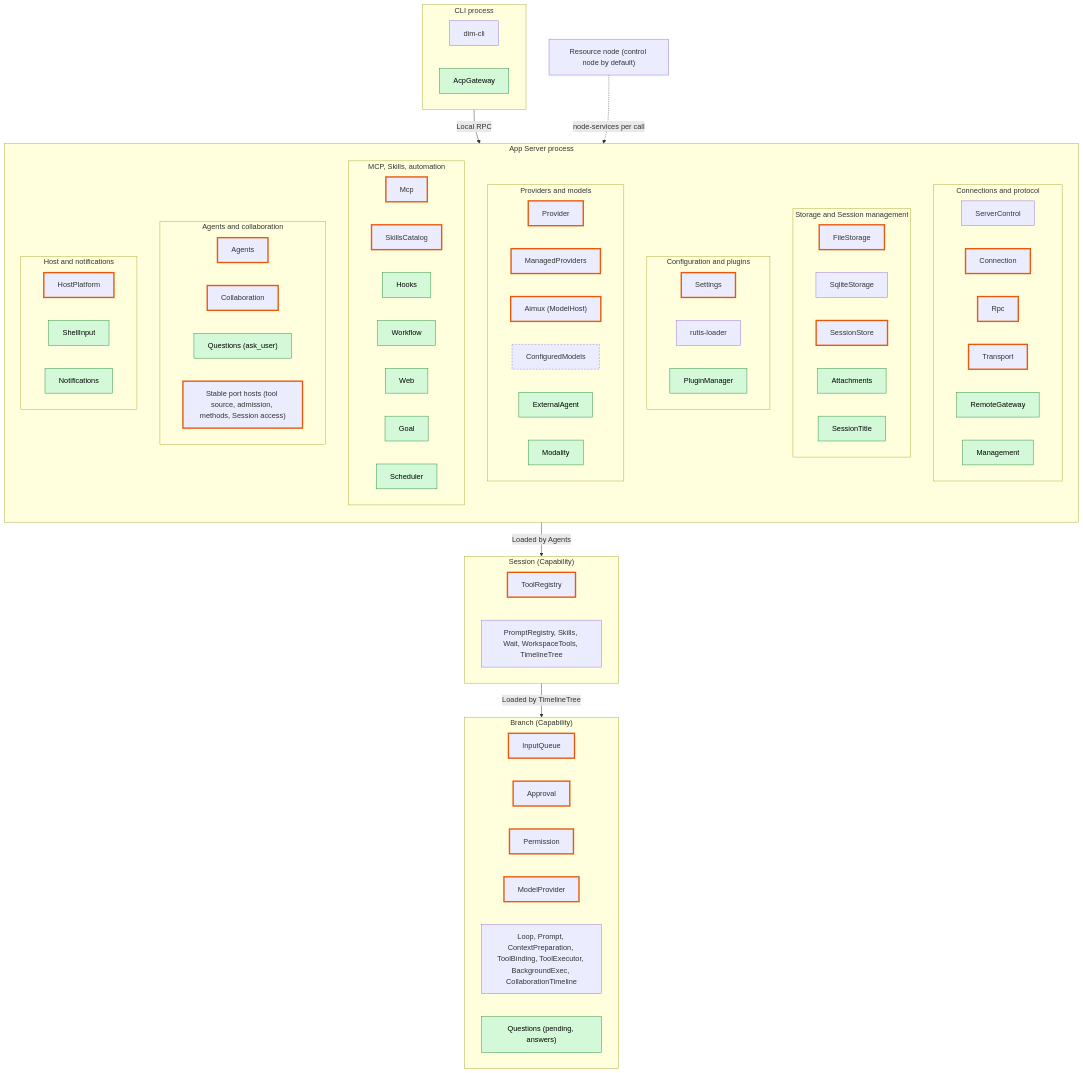
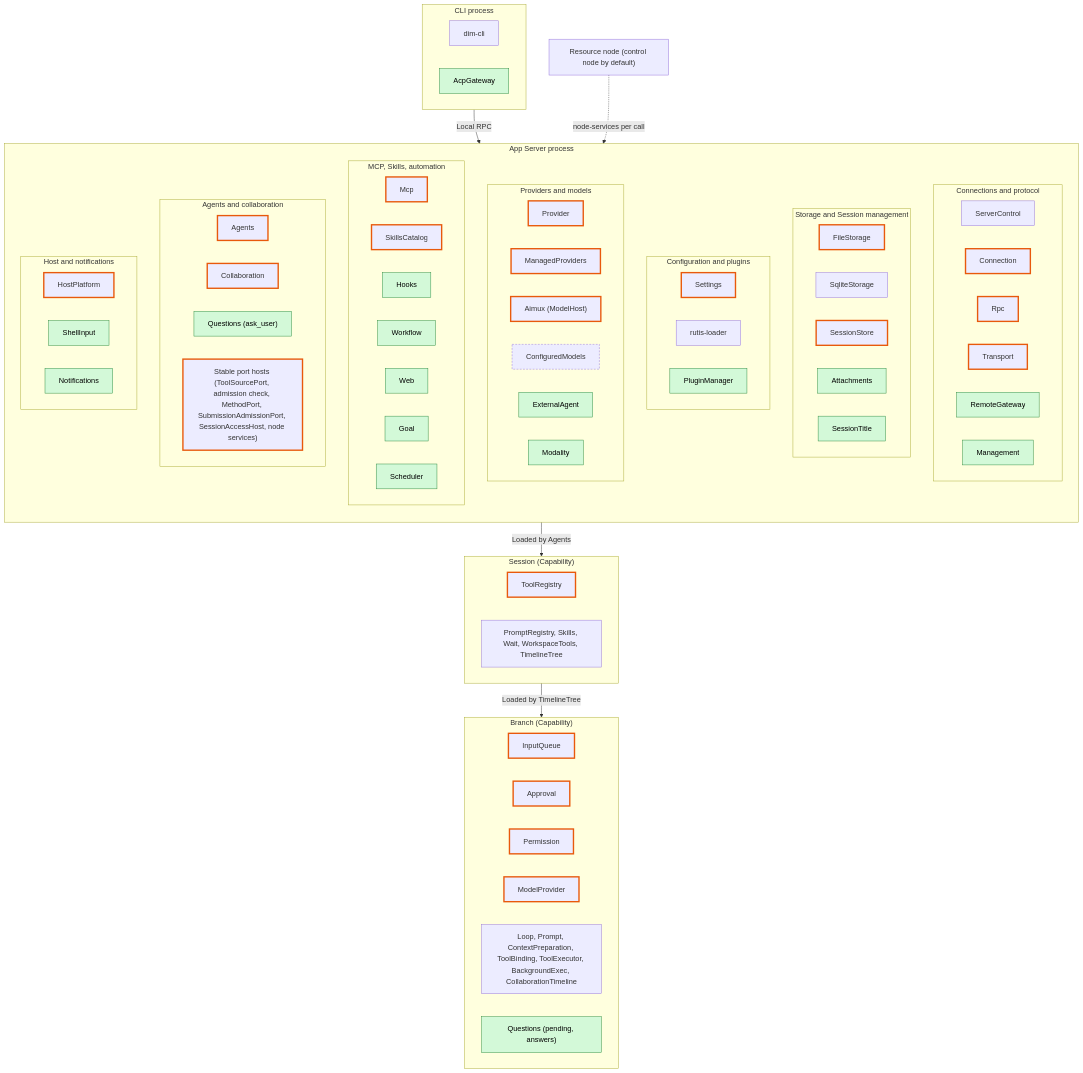
One commit to CoutinhoTTS/dim-agent changed the eighth of 9 diagrams in docs/design/overview.md. Above: the diagram before and after it, drawn with Mermaid. The commit also changed other lines of this file and 12 other files, not shown here.

````diff
--- a/docs/design/overview.md
+++ b/docs/design/overview.md
@@ -671,79 +671,79 @@
 ```mermaid
 flowchart TB
   classDef new fill:#d3f9d8,stroke:#2b8a3e,color:#000
   classDef changed stroke:#e8590c,stroke-width:3px
   classDef optional stroke-dasharray:4 3
 
   subgraph CLIP["CLI process"]
     cli["dim-cli"]
     acp["AcpGateway"]:::new
   end
   subgraph PROC["App Server process"]
     direction TB
     subgraph PC["Connections and protocol"]
       ServerControl["ServerControl"]
       Connection["Connection"]:::changed
       Rpc["Rpc"]:::changed
       Transport["Transport"]:::changed
       RemoteGateway["RemoteGateway"]:::new
       Management["Management"]:::new
     end
     subgraph PS["Storage and Session management"]
       FileStorage["FileStorage"]:::changed
       SqliteStorage["SqliteStorage"]
       SessionStore["SessionStore"]:::changed
       Attachments["Attachments"]:::new
       SessionTitle["SessionTitle"]:::new
     end
     subgraph PCFG["Configuration and plugins"]
       Settings["Settings"]:::changed
       Loader["rutis-loader"]
       PluginManager["PluginManager"]:::new
     end
     subgraph PM["Providers and models"]
       Provider["Provider"]:::changed
       ManagedProviders["ManagedProviders"]:::changed
       Aimux["Aimux (ModelHost)"]:::changed
       ConfiguredModels["ConfiguredModels"]:::optional
       ExternalAgent["ExternalAgent"]:::new
       Modality["Modality"]:::new
     end
     subgraph PE["MCP, Skills, automation"]
       Mcp["Mcp"]:::changed
       SkillsCatalog["SkillsCatalog"]:::changed
       HooksP["Hooks"]:::new
       WorkflowP["Workflow"]:::new
       WebP["Web"]:::new
       GoalP["Goal"]:::new
       SchedulerP["Scheduler"]:::new
     end
     subgraph PA["Agents and collaboration"]
       Agents["Agents"]:::changed
       Collaboration["Collaboration"]:::changed
       QuestionsP["Questions (ask_user)"]:::new
-      Ports["Stable port hosts (tool source, admission, methods, Session access)"]:::changed
+      Ports["Stable port hosts (ToolSourcePort, admission check, MethodPort, SubmissionAdmissionPort, SessionAccessHost, node services)"]:::changed
     end
     subgraph PH["Host and notifications"]
       HostPlatform["HostPlatform"]:::changed
       ShellInput["ShellInput"]:::new
       NotificationsP["Notifications"]:::new
     end
   end
   subgraph SES["Session (Capability)"]
     ToolRegistry["ToolRegistry"]:::changed
     OtherS["PromptRegistry, Skills, Wait, WorkspaceTools, TimelineTree"]
   end
   subgraph BR["Branch (Capability)"]
     InputQueue["InputQueue"]:::changed
     Approval["Approval"]:::changed
     Permission["Permission"]:::changed
     ModelProvider["ModelProvider"]:::changed
     OtherB["Loop, Prompt, ContextPreparation, ToolBinding, ToolExecutor, BackgroundExec, CollaborationTimeline"]
     QuestionsB["Questions (pending, answers)"]:::new
   end
   RN["Resource node (control node by default)"]
   CLIP -->|"Local RPC"| PROC
   RN -.->|"node-services per call"| PROC
   PROC -->|"Loaded by Agents"| SES
   SES -->|"Loaded by TimelineTree"| BR
 ```
````
